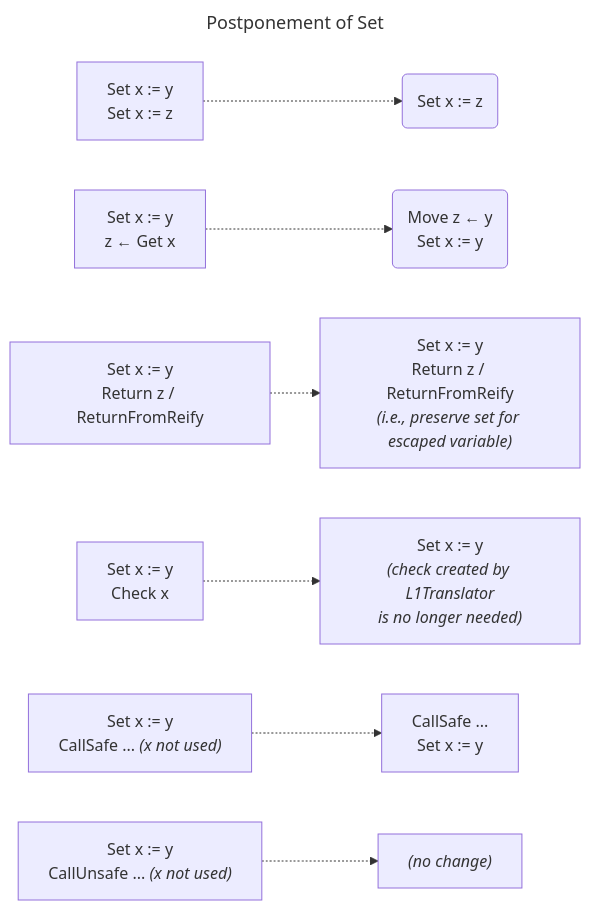
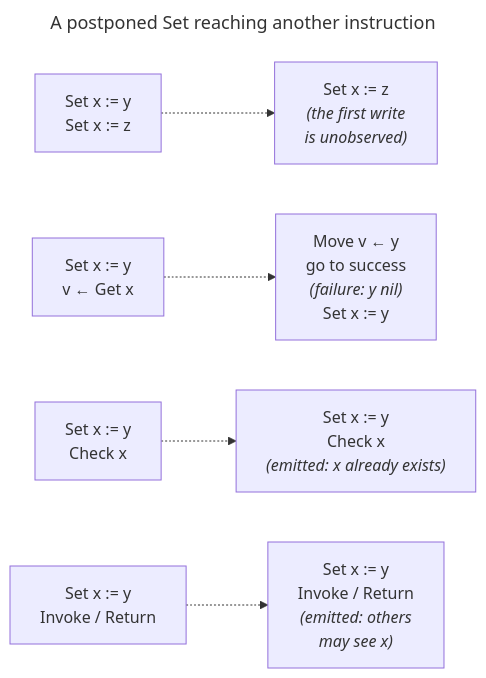
The second of 3 diagrams in avail/doc/Optimization/Level_Two/Variable_elision.md (AvailLang/Avail), drawn with Mermaid before and after one commit. The commit also changed other lines of this file and 10 other files, not shown here.

````diff
--- a/avail/doc/Optimization/Level_Two/Variable_elision.md
+++ b/avail/doc/Optimization/Level_Two/Variable_elision.md
@@ -127,18 +150,16 @@
 ```mermaid
 ---
-title: Postponement of Set
+title: A postponed Set reaching another instruction
 ---
 flowchart LR
  Set["Set x := y<br>Set x := z"]
- Set .-> Set'("Set x := z")
- Get["Set x := y<br>z ← Get x"]
- Get .-> Get'("Move z ← y<br>Set x := y")
- Return["Set x := y<br>Return z / ReturnFromReify"]
- Return .-> Return'["Set x := y<br>Return z / ReturnFromReify<br><i>(i.e., preserve set for escaped variable)</i>"]
+ Set .-> Set'["Set x := z<br><i>(the first write<br>is unobserved)</i>"]
+ Get["Set x := y<br>v ← Get x"]
+ Get'["Move v ← y<br>go to success<br><i>(failure: y nil)</i><br>Set x := y"]
+ Get .-> Get'
  Check["Set x := y<br>Check x"]
- Check .-> Check'["Set x := y<br><i>(check created by L1Translator<br>is no longer needed)</i>"]
- CallSafe["Set x := y<br>CallSafe ... <i>(x not used)</i>"]
- CallSafe .-> CallSafe'["CallSafe ...<br>Set x := y"]
- CallUnsafe["Set x := y<br>CallUnsafe ... <i>(x not used)</i>"]
- CallUnsafe .-> CallUnsafe'["<i>(no change)</i>"]
+ Check .-> Check'["Set x := y<br>Check x<br><i>(emitted: x already exists)</i>"]
+ Call["Set x := y<br>Invoke / Return"]
+ Call'["Set x := y<br>Invoke / Return<br><i>(emitted: others<br>may see x)</i>"]
+ Call .-> Call'
 ```
````
